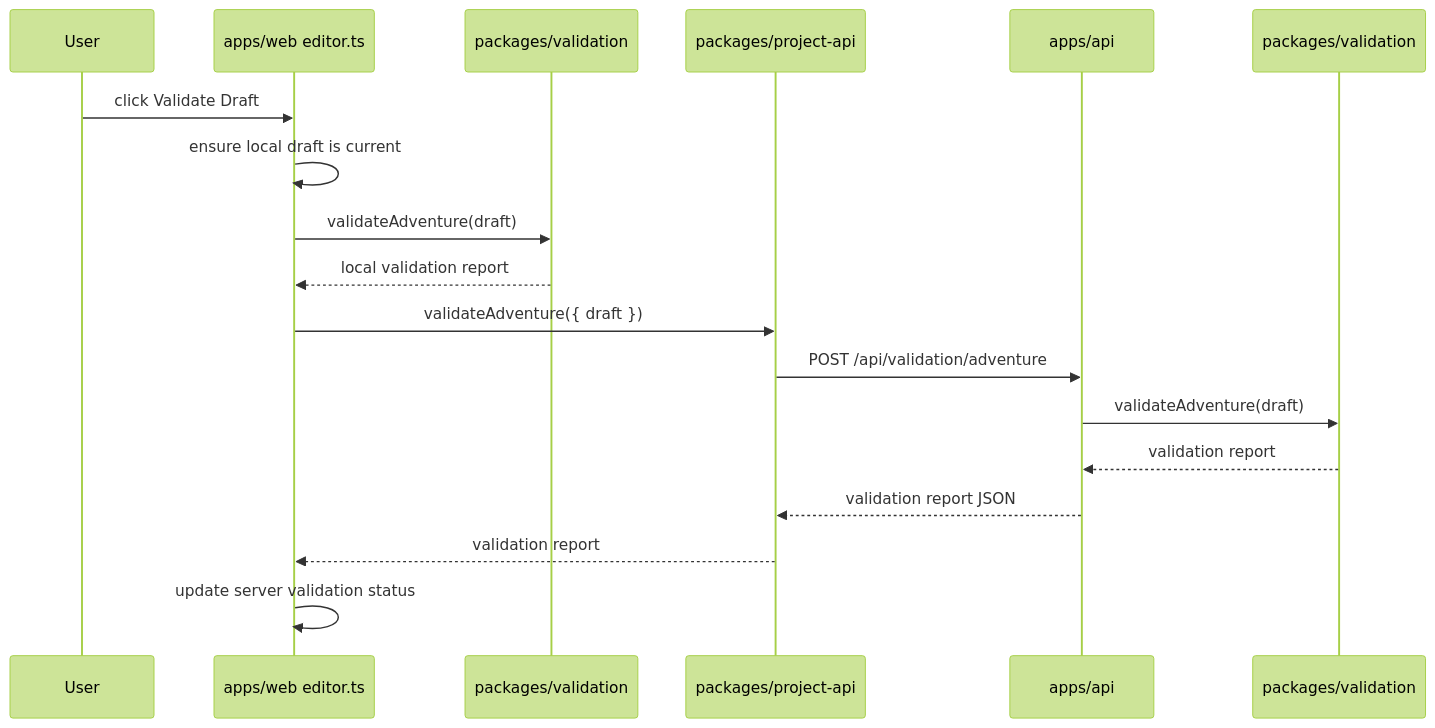
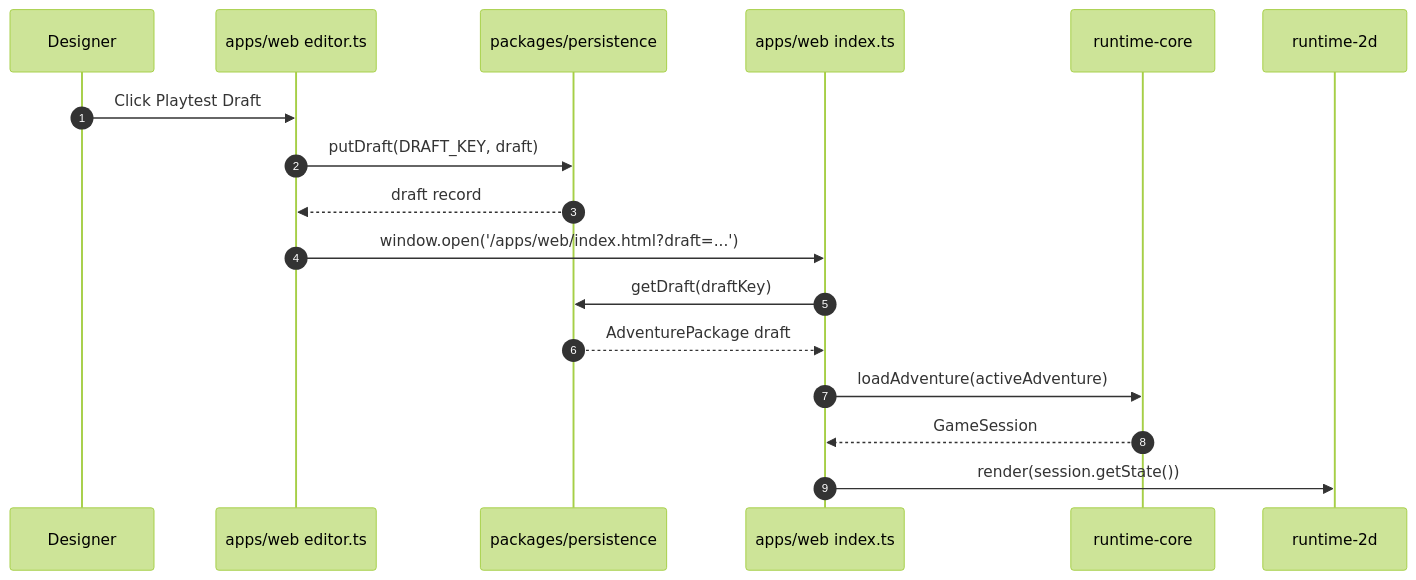
The ninth of 13 diagrams in docs/system-reference.md (ianohlander/ACS), drawn with Mermaid (forest theme) before and after one commit. The commit also changed other lines of this file and 9 other files, not shown here.

Commit message:
Polish system reference documentation graphics

````diff
--- a/docs/system-reference.md
+++ b/docs/system-reference.md
@@ -305,21 +367,20 @@
 ```mermaid
 sequenceDiagram
-    participant User
+    autonumber
+    participant Designer as Designer
     participant Editor as apps/web editor.ts
-    participant LocalVal as packages/validation
-    participant APIClient as packages/project-api
-    participant API as apps/api
-    participant SharedVal as packages/validation
+    participant Persist as packages/persistence
+    participant RuntimePage as apps/web index.ts
+    participant Engine as runtime-core
+    participant Renderer as runtime-2d
 
-    User->>Editor: click Validate Draft
-    Editor->>Editor: ensure local draft is current
-    Editor->>LocalVal: validateAdventure(draft)
-    LocalVal-->>Editor: local validation report
-    Editor->>APIClient: validateAdventure({ draft })
-    APIClient->>API: POST /api/validation/adventure
-    API->>SharedVal: validateAdventure(draft)
-    SharedVal-->>API: validation report
-    API-->>APIClient: validation report JSON
-    APIClient-->>Editor: validation report
-    Editor->>Editor: update server validation status
+    Designer->>Editor: Click Playtest Draft
+    Editor->>Persist: putDraft(DRAFT_KEY, draft)
+    Persist-->>Editor: draft record
+    Editor->>RuntimePage: window.open('/apps/web/index.html?draft=...')
+    RuntimePage->>Persist: getDraft(draftKey)
+    Persist-->>RuntimePage: AdventurePackage draft
+    RuntimePage->>Engine: loadAdventure(activeAdventure)
+    Engine-->>RuntimePage: GameSession
+    RuntimePage->>Renderer: render(session.getState())
 ```
````
